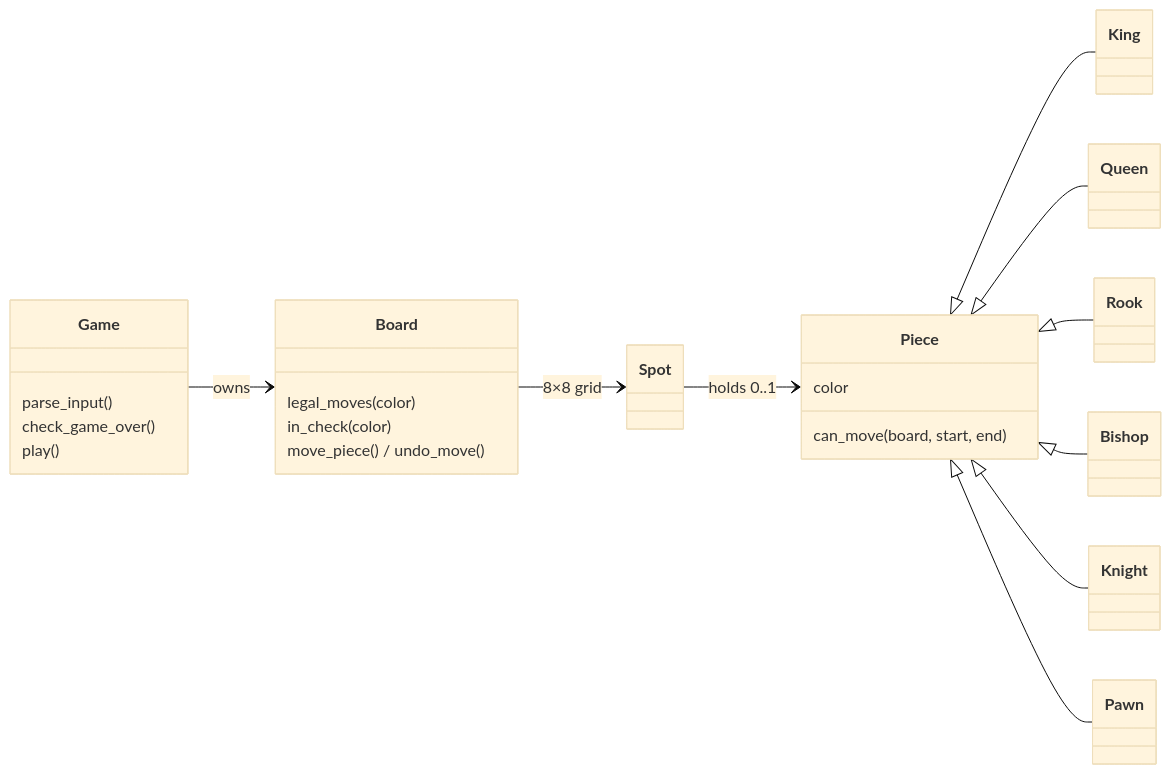
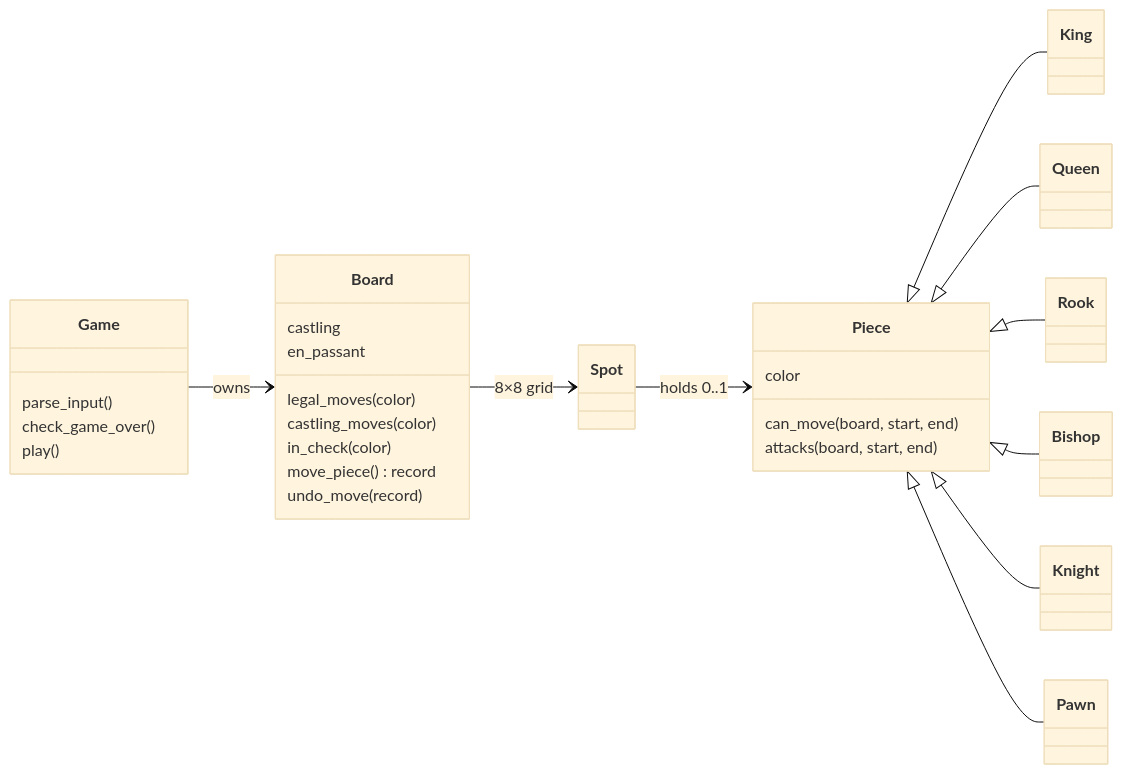
Before and after one commit to sayko89/code-in-place-2025: the diagram in README.md, drawn with Mermaid (base theme). The commit also changed other lines of this file and 17 other files, not shown here.

````diff
--- a/README.md
+++ b/README.md
@@ -137,27 +148,32 @@
 ```mermaid
 classDiagram
     direction LR
     Game --> Board : owns
     Board --> Spot : 8×8 grid
     Spot --> Piece : holds 0..1
     Piece <|-- King
     Piece <|-- Queen
     Piece <|-- Rook
     Piece <|-- Bishop
     Piece <|-- Knight
     Piece <|-- Pawn
     class Game {
       parse_input()
       check_game_over()
       play()
     }
     class Board {
+      castling
+      en_passant
       legal_moves(color)
+      castling_moves(color)
       in_check(color)
-      move_piece() / undo_move()
+      move_piece() record
+      undo_move(record)
     }
     class Piece {
       color
       can_move(board, start, end)
+      attacks(board, start, end)
     }
 ```
````
